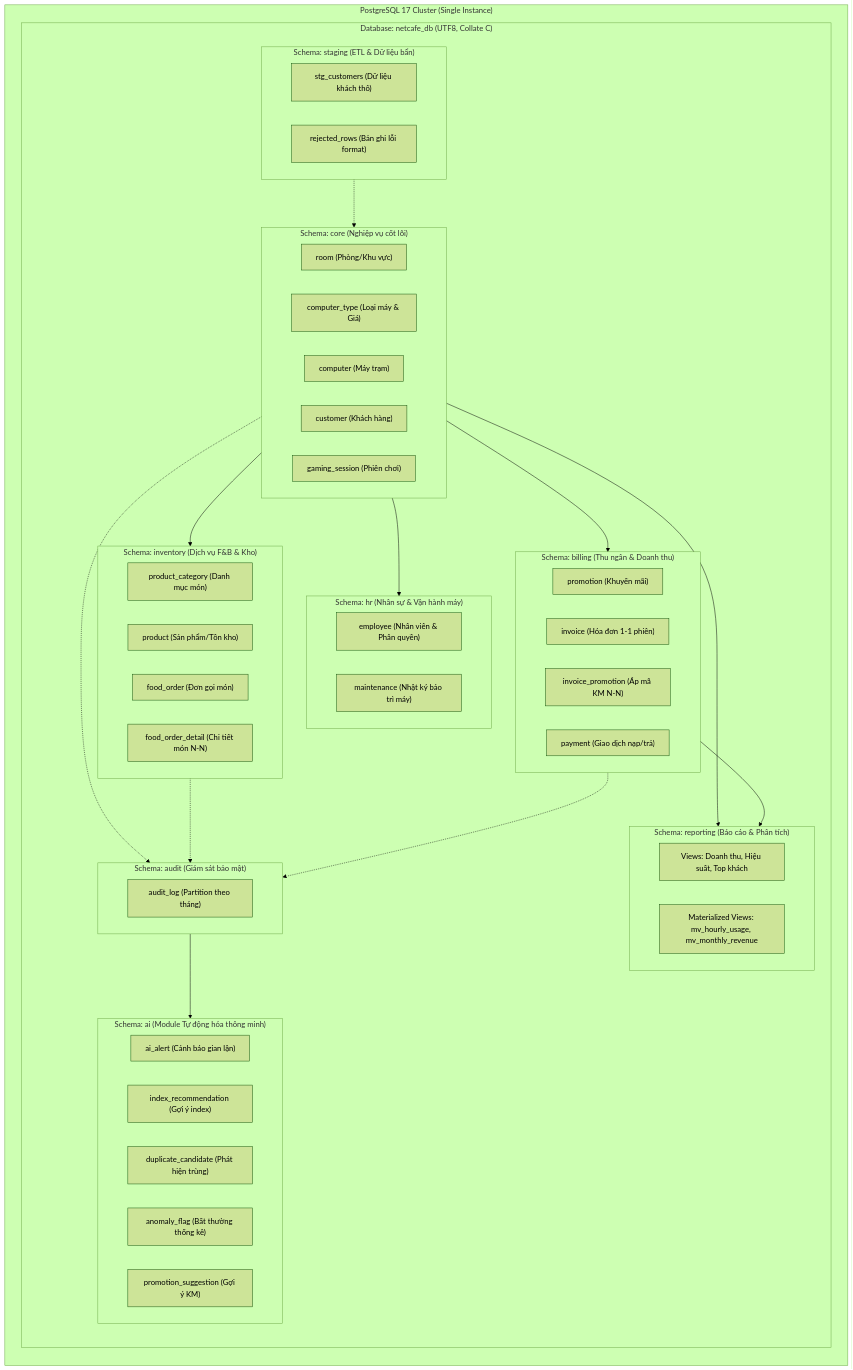
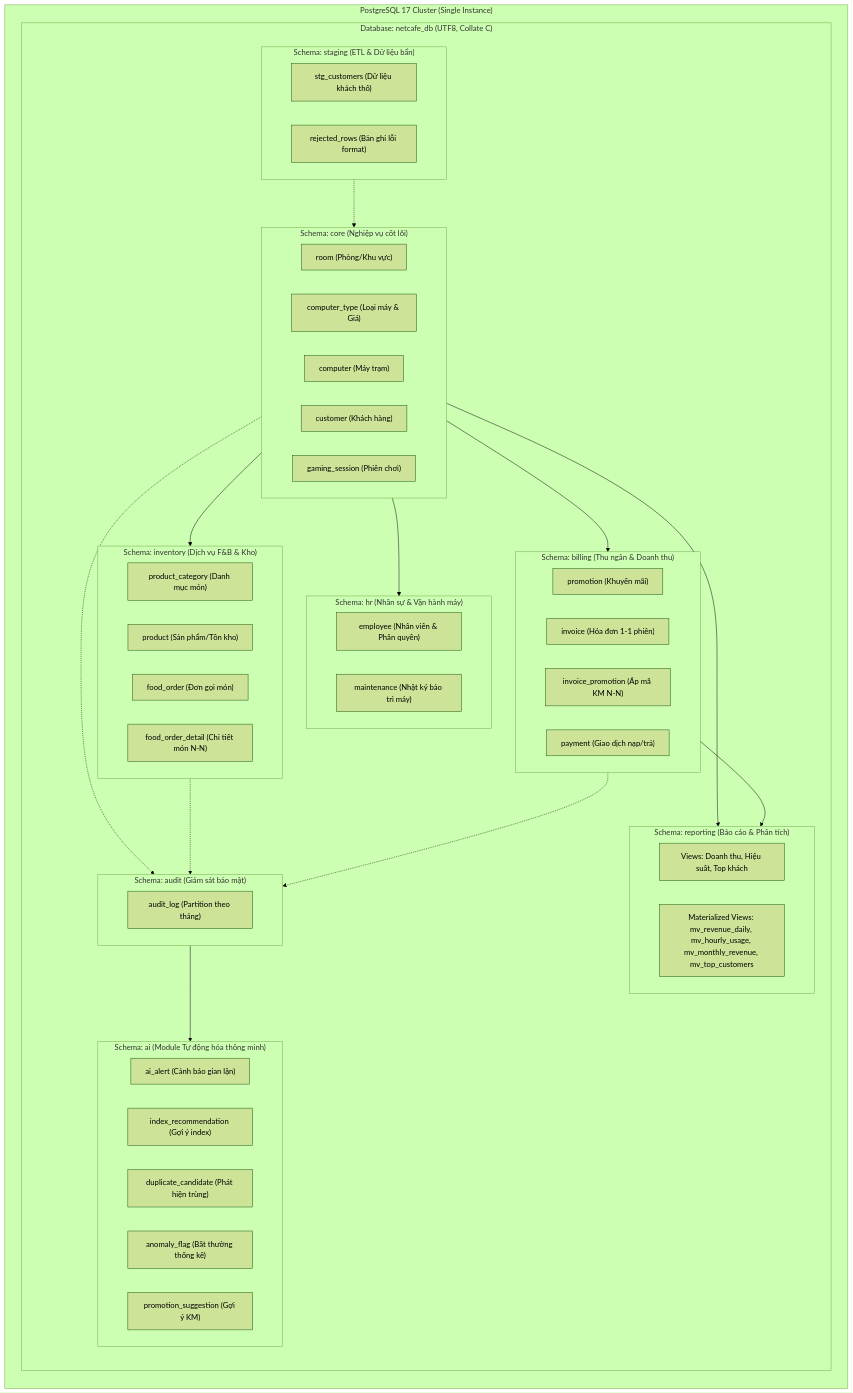
One commit to vietanh1105/QTDL-NetCafe changed the diagram in docs/architecture.md. Above: the diagram before and after it, drawn with Mermaid (forest theme). The commit also changed other lines of this file and 29 other files, not shown here.

````diff
--- a/docs/architecture.md
+++ b/docs/architecture.md
@@ -16,68 +16,68 @@
 ```mermaid
 flowchart TD
     subgraph Cluster ["PostgreSQL 17 Cluster (Single Instance)"]
         direction TB
         subgraph DB ["Database: netcafe_db (UTF8, Collate C)"]
             direction TB
             subgraph CoreSchema ["Schema: core (Nghiệp vụ cốt lõi)"]
                 T_ROOM["room (Phòng/Khu vực)"]
                 T_TYPE["computer_type (Loại máy & Giá)"]
                 T_COMP["computer (Máy trạm)"]
                 T_CUST["customer (Khách hàng)"]
                 T_SESS["gaming_session (Phiên chơi)"]
             end
 
             subgraph InvSchema ["Schema: inventory (Dịch vụ F&B & Kho)"]
                 T_CAT["product_category (Danh mục món)"]
                 T_PROD["product (Sản phẩm/Tồn kho)"]
                 T_ORD["food_order (Đơn gọi món)"]
                 T_ORD_DET["food_order_detail (Chi tiết món N-N)"]
             end
 
             subgraph BillSchema ["Schema: billing (Thu ngân & Doanh thu)"]
                 T_PROM["promotion (Khuyến mãi)"]
                 T_INV["invoice (Hóa đơn 1-1 phiên)"]
                 T_INV_PROM["invoice_promotion (Áp mã KM N-N)"]
                 T_PAY["payment (Giao dịch nạp/trả)"]
             end
 
             subgraph HRSchema ["Schema: hr (Nhân sự & Vận hành máy)"]
                 T_EMP["employee (Nhân viên & Phân quyền)"]
                 T_MAINT["maintenance (Nhật ký bảo trì máy)"]
             end
 
             subgraph AuditSchema ["Schema: audit (Giám sát bảo mật)"]
                 T_AUDIT["audit_log (Partition theo tháng)"]
             end
 
             subgraph AISchema ["Schema: ai (Module Tự động hóa thông minh)"]
                 T_AI_ALERT["ai_alert (Cảnh báo gian lận)"]
                 T_AI_REC["index_recommendation (Gợi ý index)"]
                 T_AI_DUP["duplicate_candidate (Phát hiện trùng)"]
                 T_AI_ANOM["anomaly_flag (Bất thường thống kê)"]
                 T_AI_SUG["promotion_suggestion (Gợi ý KM)"]
             end
 
             subgraph RepSchema ["Schema: reporting (Báo cáo & Phân tích)"]
                 V_REP["Views: Doanh thu, Hiệu suất, Top khách"]
-                MV_REP["Materialized Views: mv_hourly_usage, mv_monthly_revenue"]
+                MV_REP["Materialized Views: mv_revenue_daily, mv_hourly_usage, mv_monthly_revenue, mv_top_customers"]
             end
 
             subgraph StgSchema ["Schema: staging (ETL & Dữ liệu bẩn)"]
                 T_STG_CUST["stg_customers (Dữ liệu khách thô)"]
                 T_STG_REJ["rejected_rows (Bản ghi lỗi format)"]
             end
         end
     end
 
     CoreSchema --> BillSchema
     CoreSchema --> InvSchema
     CoreSchema --> HRSchema
     CoreSchema -.-> AuditSchema
     InvSchema -.-> AuditSchema
     BillSchema -.-> AuditSchema
     AuditSchema --> AISchema
     CoreSchema --> RepSchema
     BillSchema --> RepSchema
     StgSchema -.-> CoreSchema
 ```
````
